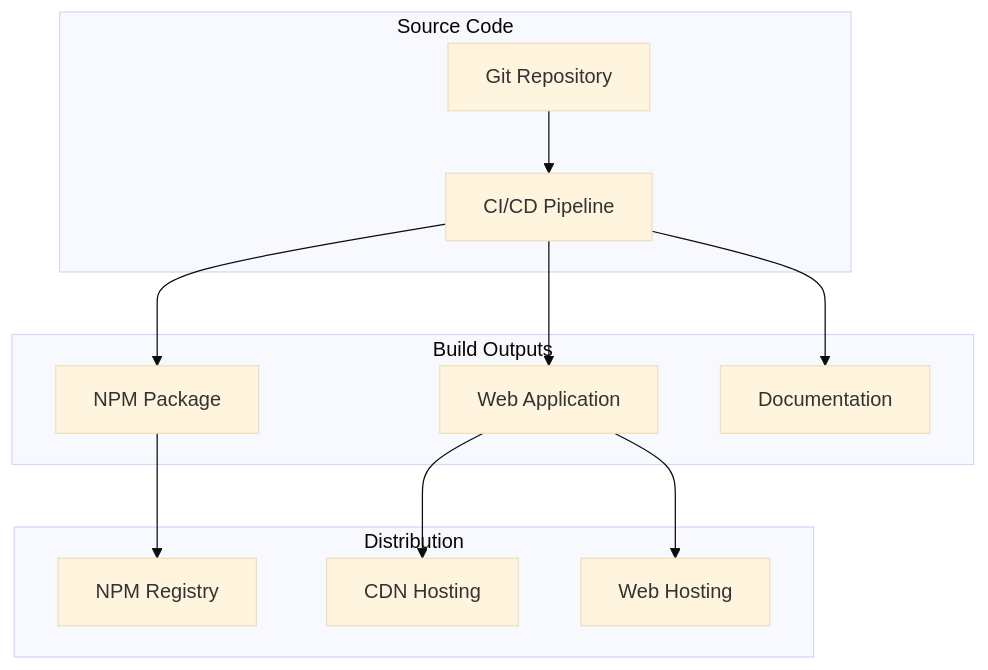
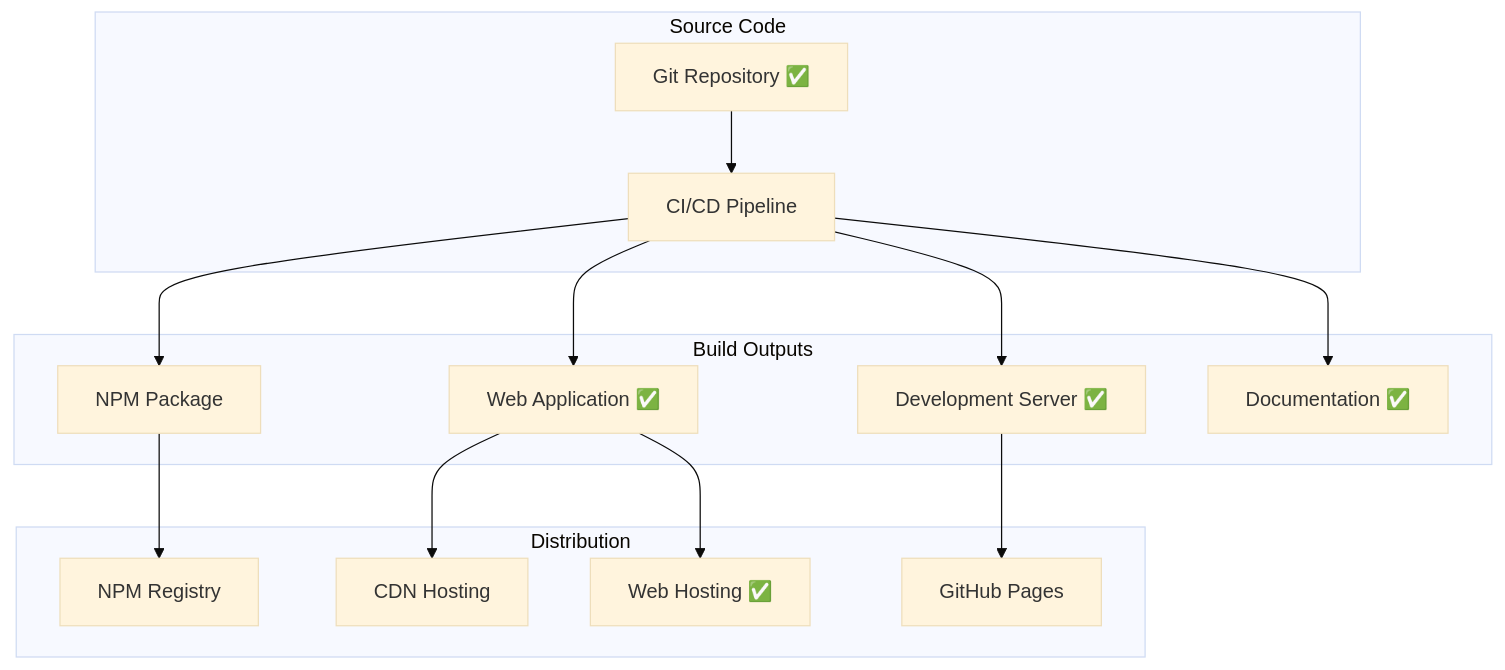
Diagram 14 of 14 in TECHNICAL_ARCHITECTURE.md (didier3529/crookmon-game), drawn with Mermaid (base theme) before and after one commit. The commit also changed other lines of this file, not shown here.

First line of the commit message:
docs: update TECHNICAL_ARCHITECTURE.md with latest changes

````diff
--- a/TECHNICAL_ARCHITECTURE.md
+++ b/TECHNICAL_ARCHITECTURE.md
@@ -708,28 +941,32 @@
 ```mermaid
 graph TB
     subgraph "Source Code"
-        Repo[Git Repository]
+        Repo[Git Repository ✅]
         CI[CI/CD Pipeline]
     end
 
     subgraph "Build Outputs"
         Library[NPM Package]
-        WebApp[Web Application]
-        Docs[Documentation]
+        WebApp[Web Application ✅]
+        DevServer[Development Server ✅]
+        Docs[Documentation ✅]
     end
 
     subgraph "Distribution"
         NPM[NPM Registry]
         CDN[CDN Hosting]
-        Hosting[Web Hosting]
+        Hosting[Web Hosting ✅]
+        GitHub[GitHub Pages]
     end
 
     Repo --> CI
     CI --> Library
     CI --> WebApp
+    CI --> DevServer
     CI --> Docs
 
     Library --> NPM
     WebApp --> CDN
     WebApp --> Hosting
+    DevServer --> GitHub
 ```
````
